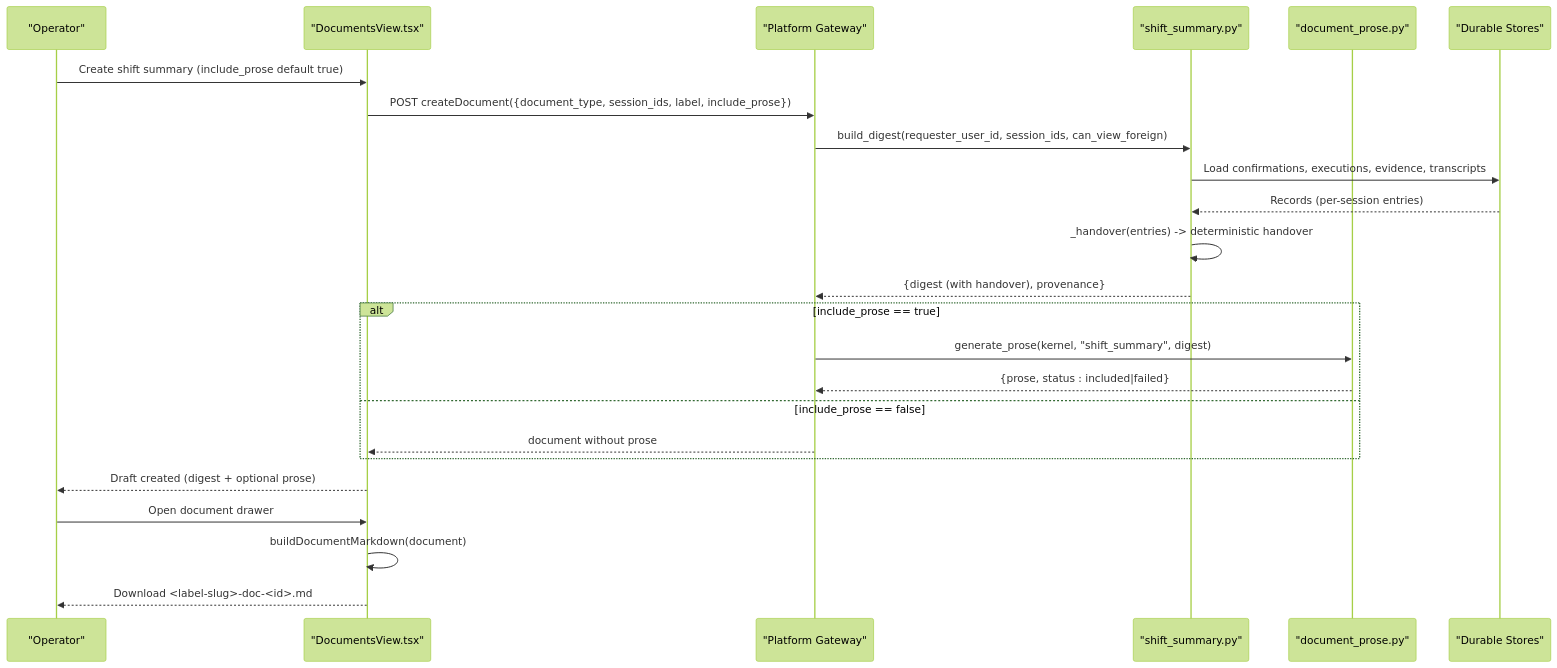
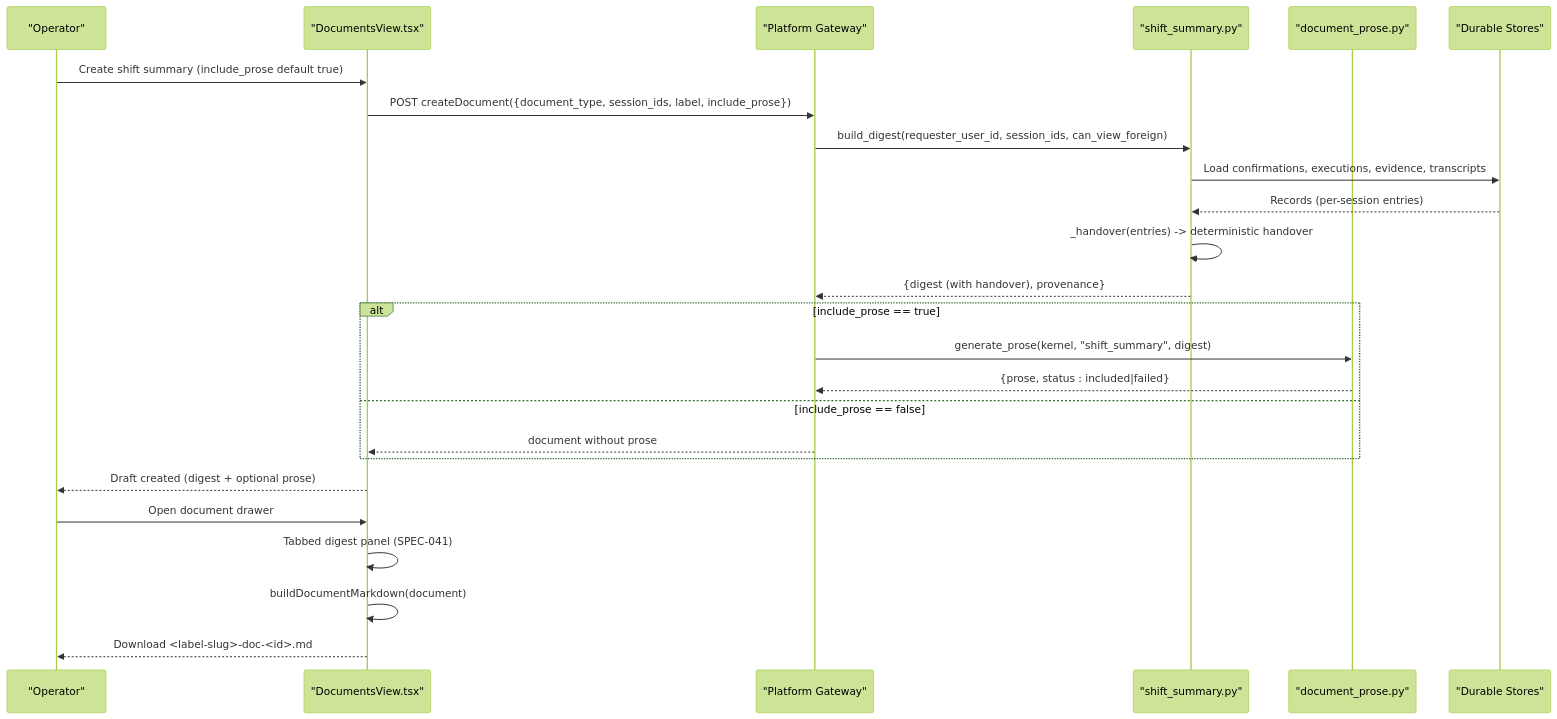
One commit to metasync/luban-aiops changed the second of 8 diagrams in .qoder/repowiki/en/content/Architecture Documentation/SPEC-040_ Shift-Summary Handover Narrative and Export.md. Above: the diagram before and after it, drawn with Mermaid (forest theme). The commit also changed other lines of this file and 168 other files, not shown here.

````diff
--- a/.qoder/repowiki/en/content/Architecture Documentation/SPEC-040_ Shift-Summary Handover Narrative and Export.md
+++ b/.qoder/repowiki/en/content/Architecture Documentation/SPEC-040_ Shift-Summary Handover Narrative and Export.md
@@ -122,26 +142,27 @@
 ```mermaid
 sequenceDiagram
 participant User as "Operator"
 participant Portal as "DocumentsView.tsx"
 participant Gateway as "Platform Gateway"
 participant Agent as "shift_summary.py"
 participant Prose as "document_prose.py"
 participant Store as "Durable Stores"
 User->>Portal : Create shift summary (include_prose default true)
 Portal->>Gateway : POST createDocument({document_type, session_ids, label, include_prose})
 Gateway->>Agent : build_digest(requester_user_id, session_ids, can_view_foreign)
 Agent->>Store : Load confirmations, executions, evidence, transcripts
 Store-->>Agent : Records (per-session entries)
 Agent->>Agent : _handover(entries) -> deterministic handover
 Agent-->>Gateway : {digest (with handover), provenance}
 alt include_prose == true
 Gateway->>Prose : generate_prose(kernel, "shift_summary", digest)
 Prose-->>Gateway : {prose, status : included|failed}
 else include_prose == false
 Gateway-->>Portal : document without prose
 end
 Portal-->>User : Draft created (digest + optional prose)
 User->>Portal : Open document drawer
+Portal->>Portal : Tabbed digest panel (SPEC-041)
 Portal->>Portal : buildDocumentMarkdown(document)
 Portal-->>User : Download <label-slug>-doc-<id>.md
 ```
````
